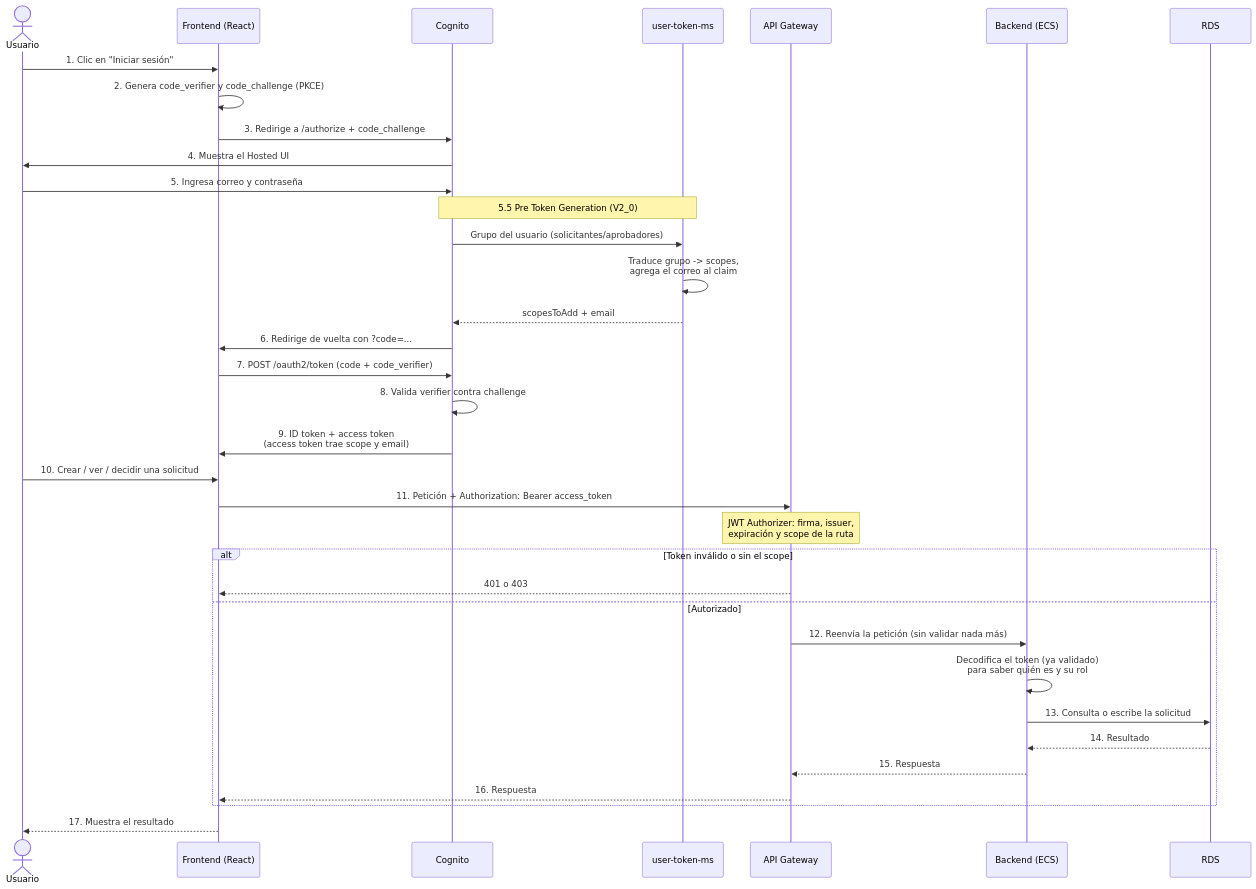
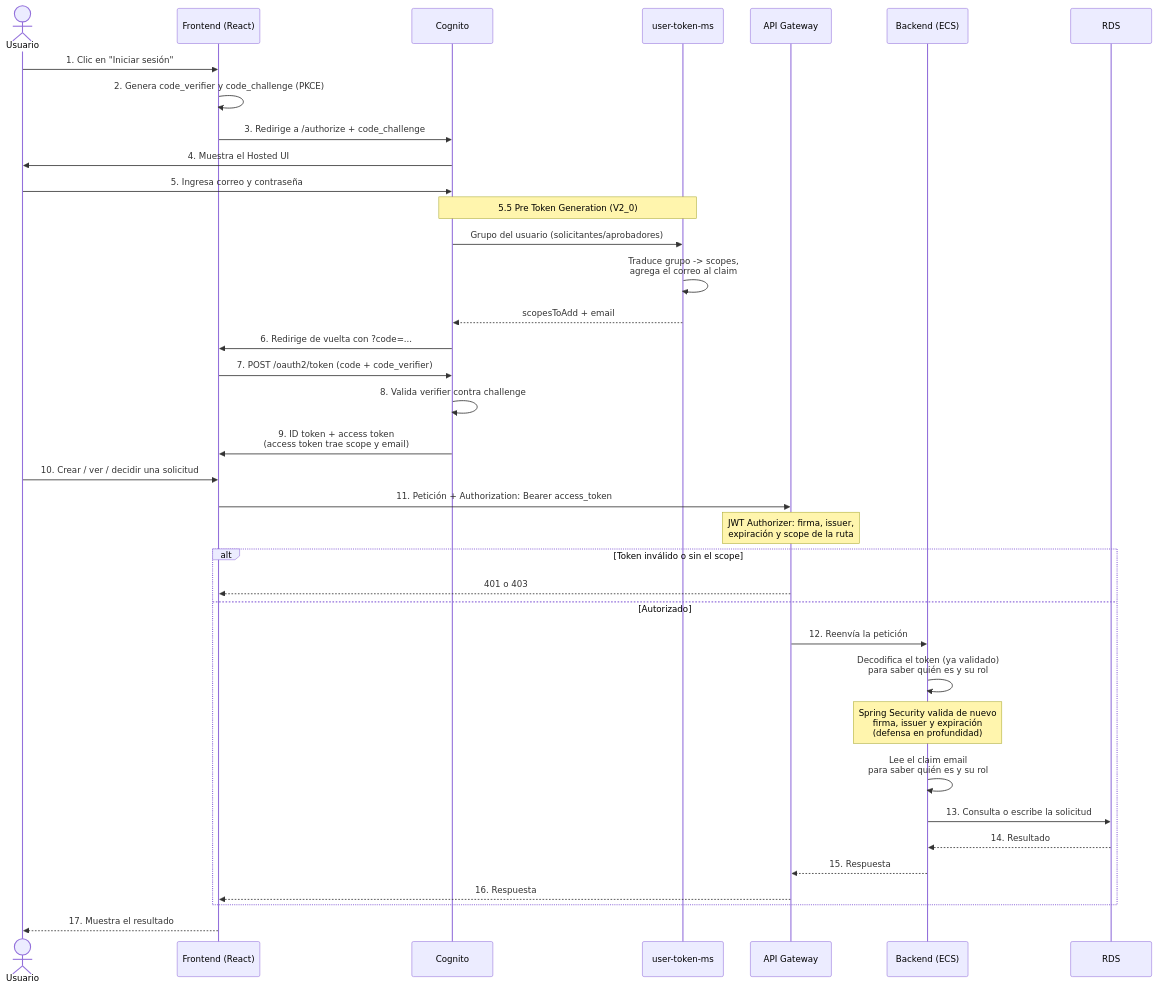
The diagram in README.md (CMulatti/DSY1107-PARCIAL1), drawn with Mermaid before and after one commit.

````diff
--- a/README.md
+++ b/README.md
@@ -18,42 +18,44 @@
 ```mermaid
 sequenceDiagram
     actor Usuario
     participant App as Frontend (React)
     participant Cognito
     participant Lambda as user-token-ms
     participant GW as API Gateway
     participant Backend as Backend (ECS)
     participant RDS
 
     Usuario->>App: 1. Clic en "Iniciar sesión"
     App->>App: 2. Genera code_verifier y code_challenge (PKCE)
     App->>Cognito: 3. Redirige a /authorize + code_challenge
     Cognito->>Usuario: 4. Muestra el Hosted UI
     Usuario->>Cognito: 5. Ingresa correo y contraseña
 
     Note over Cognito,Lambda: 5.5 Pre Token Generation (V2_0)
     Cognito->>Lambda: Grupo del usuario (solicitantes/aprobadores)
     Lambda->>Lambda: Traduce grupo -> scopes,<br/>agrega el correo al claim
     Lambda-->>Cognito: scopesToAdd + email
 
     Cognito->>App: 6. Redirige de vuelta con ?code=...
     App->>Cognito: 7. POST /oauth2/token (code + code_verifier)
     Cognito->>Cognito: 8. Valida verifier contra challenge
     Cognito->>App: 9. ID token + access token<br/>(access token trae scope y email)
 
     Usuario->>App: 10. Crear / ver / decidir una solicitud
     App->>GW: 11. Petición + Authorization: Bearer access_token
 
     Note over GW: JWT Authorizer: firma, issuer,<br/>expiración y scope de la ruta
     alt Token inválido o sin el scope
         GW-->>App: 401 o 403
     else Autorizado
-        GW->>Backend: 12. Reenvía la petición (sin validar nada más)
+        GW->>Backend: 12. Reenvía la petición 
         Backend->>Backend: Decodifica el token (ya validado)<br/>para saber quién es y su rol
+        Note over Backend: Spring Security valida de nuevo<br/>firma, issuer y expiración<br/>(defensa en profundidad)
+        Backend->>Backend: Lee el claim email<br/>para saber quién es y su rol
         Backend->>RDS: 13. Consulta o escribe la solicitud
         RDS-->>Backend: 14. Resultado
         Backend-->>GW: 15. Respuesta
         GW-->>App: 16. Respuesta
     end
     App-->>Usuario: 17. Muestra el resultado
 ```
````
